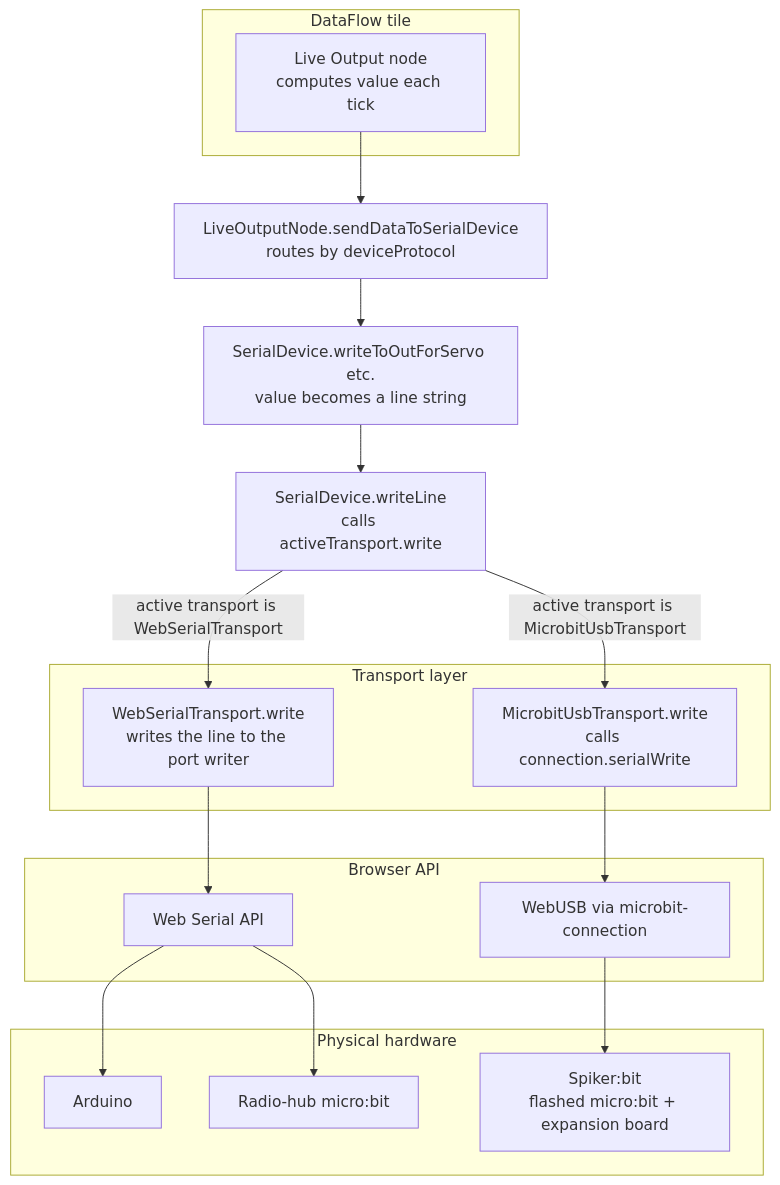
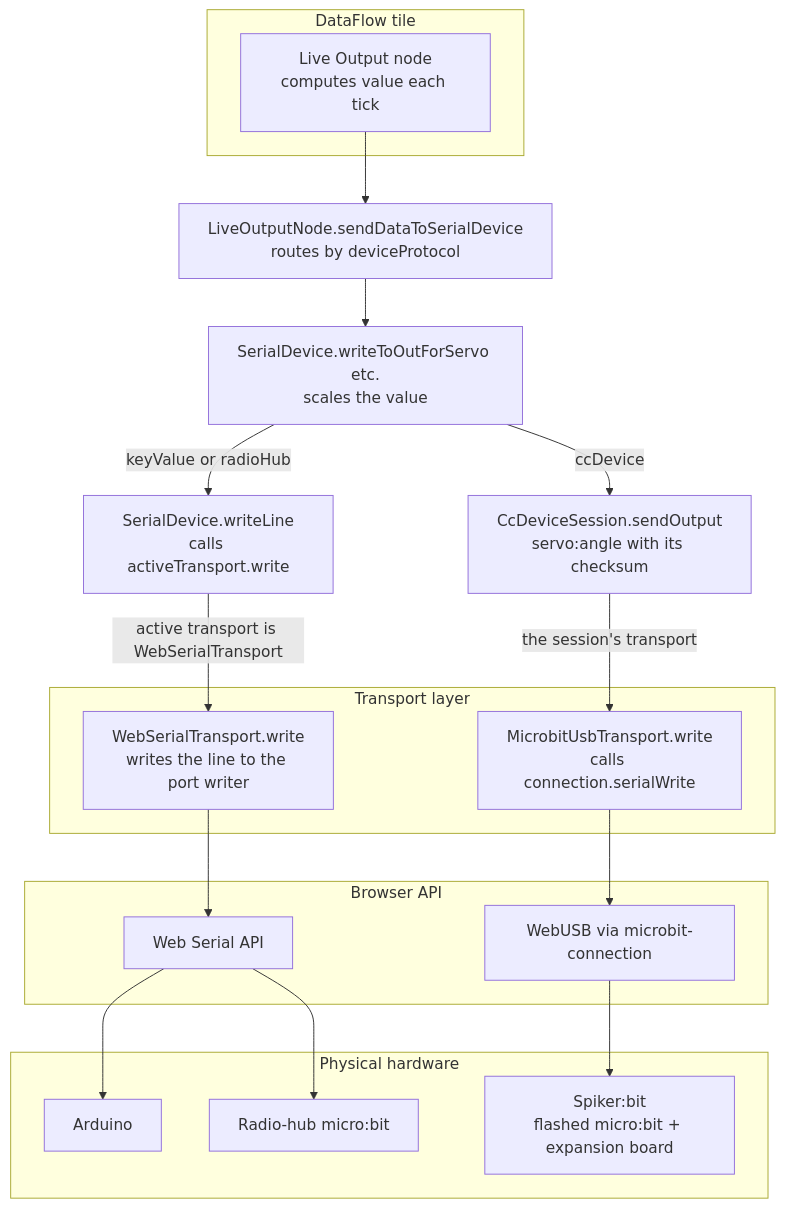
One commit to concord-consortium/collaborative-learning changed the second of 2 diagrams in src/plugins/dataflow-tool/serial.md. Above: the diagram before and after it, drawn with Mermaid. The commit also changed other lines of this file and 9 other files, not shown here.

````diff
--- a/src/plugins/dataflow-tool/serial.md
+++ b/src/plugins/dataflow-tool/serial.md
@@ -283,37 +294,39 @@
 ```mermaid
 flowchart TB
   subgraph tile [DataFlow tile]
     lout["Live Output node<br/>computes value each tick"]
   end
 
   send["LiveOutputNode.sendDataToSerialDevice<br/>routes by deviceProtocol"]
-  fmt["SerialDevice.writeToOutForServo etc.<br/>value becomes a line string"]
+  fmt["SerialDevice.writeToOutForServo etc.<br/>scales the value"]
   wl["SerialDevice.writeLine<br/>calls activeTransport.write"]
+  cc["CcDeviceSession.sendOutput<br/>servo:angle with its checksum"]
 
   subgraph transport [Transport layer]
     wst["WebSerialTransport.write<br/>writes the line to the port writer"]
     mut["MicrobitUsbTransport.write<br/>calls connection.serialWrite"]
   end
 
   subgraph browser [Browser API]
     ws["Web Serial API"]
     usb["WebUSB via microbit-connection"]
   end
 
   subgraph hw [Physical hardware]
     ard["Arduino"]
     mbit["Radio-hub micro:bit"]
     sbit["Spiker:bit<br/>flashed micro:bit + expansion board"]
   end
 
   lout --> send
   send --> fmt
-  fmt --> wl
+  fmt -->|"keyValue or radioHub"| wl
+  fmt -->|"ccDevice"| cc
   wl -->|"active transport is WebSerialTransport"| wst
-  wl -->|"active transport is MicrobitUsbTransport"| mut
+  cc -->|"the session's transport"| mut
   wst --> ws
   ws --> ard
   ws --> mbit
   mut --> usb
   usb --> sbit
 ```
````
